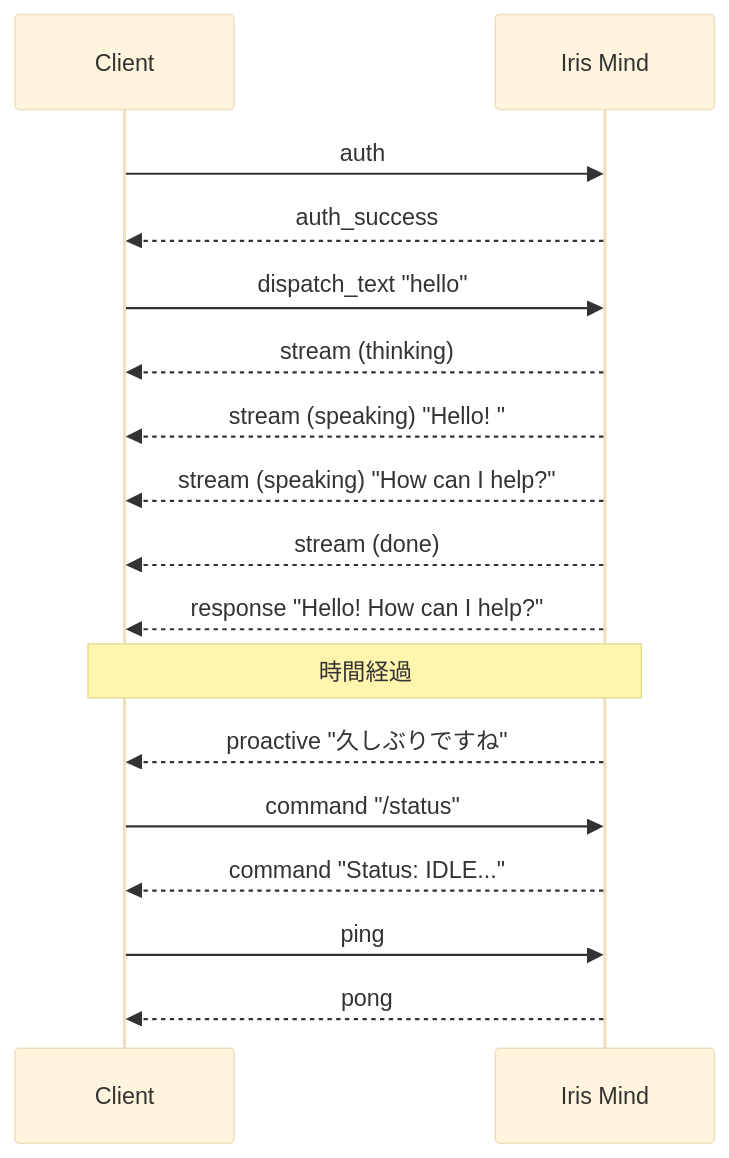
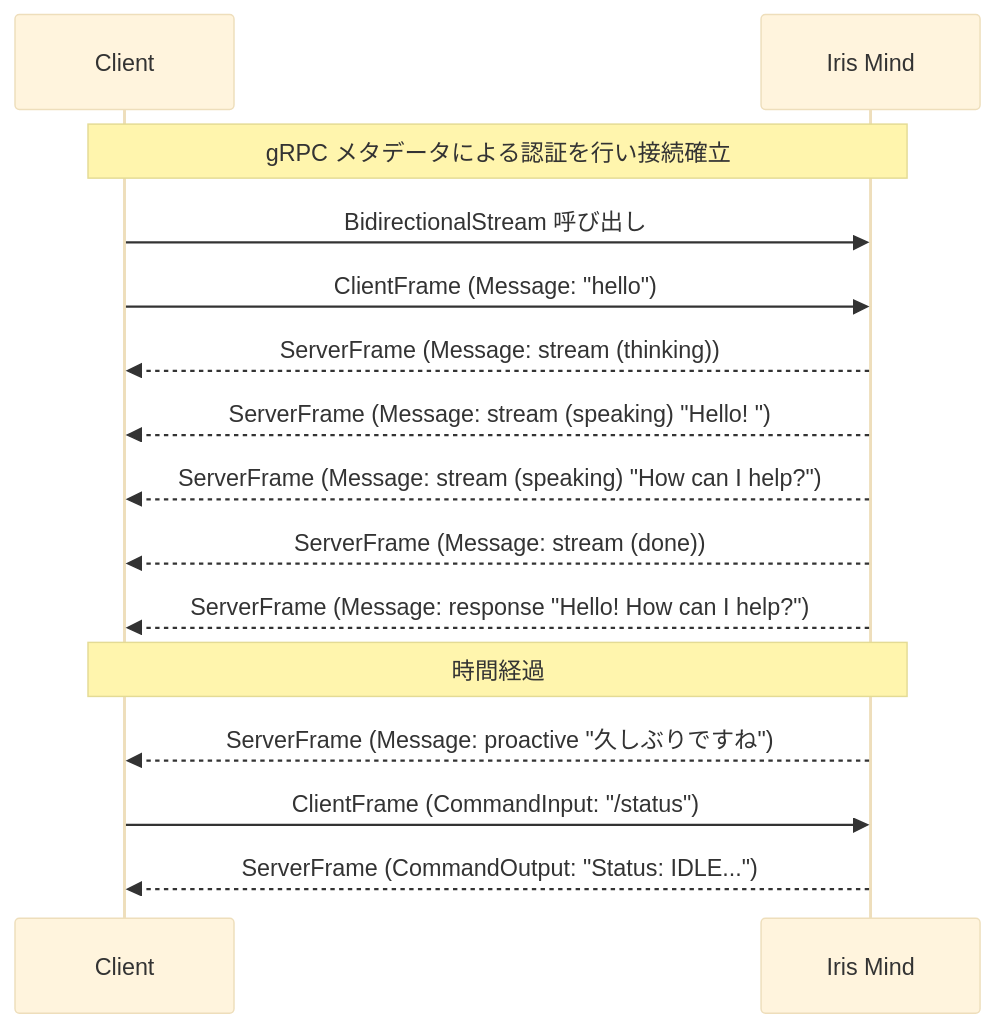
Before and after one commit to ibukani/iris-mind: the first of 2 diagrams in docs/client-guide.md, drawn with Mermaid (base theme). The commit also changed other lines of this file and 31 other files, not shown here.

````diff
--- a/docs/client-guide.md
+++ b/docs/client-guide.md
@@ -13,24 +13,22 @@
 ```mermaid
 sequenceDiagram
     participant C as Client
     participant K as Iris Mind
 
-    C->>K: auth
-    K-->>C: auth_success
+    Note over C,K: gRPC メタデータによる認証を行い接続確立
+    C->>K: BidirectionalStream 呼び出し
 
-    C->>K: dispatch_text "hello"
-    K-->>C: stream (thinking)
-    K-->>C: stream (speaking) "Hello! "
-    K-->>C: stream (speaking) "How can I help?"
-    K-->>C: stream (done)
-    K-->>C: response "Hello! How can I help?"
+    C->>K: ClientFrame (Message: "hello")
+    K-->>C: ServerFrame (Message: stream (thinking))
+    K-->>C: ServerFrame (Message: stream (speaking) "Hello! ")
+    K-->>C: ServerFrame (Message: stream (speaking) "How can I help?")
+    K-->>C: ServerFrame (Message: stream (done))
+    K-->>C: ServerFrame (Message: response "Hello! How can I help?")
 
     Note over C,K: 時間経過
 
-    K-->>C: proactive "久しぶりですね"
+    K-->>C: ServerFrame (Message: proactive "久しぶりですね")
 
-    C->>K: command "/status"
-    K-->>C: command "Status: IDLE..."
-    C->>K: ping
-    K-->>C: pong
+    C->>K: ClientFrame (CommandInput: "/status")
+    K-->>C: ServerFrame (CommandOutput: "Status: IDLE...")
 ```
````
